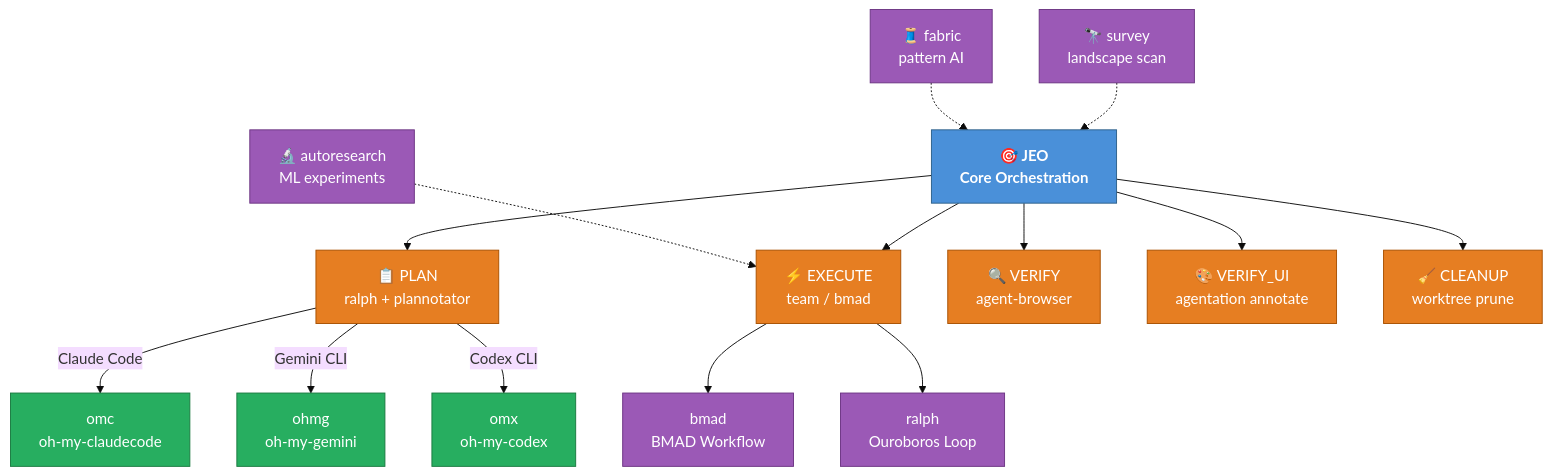
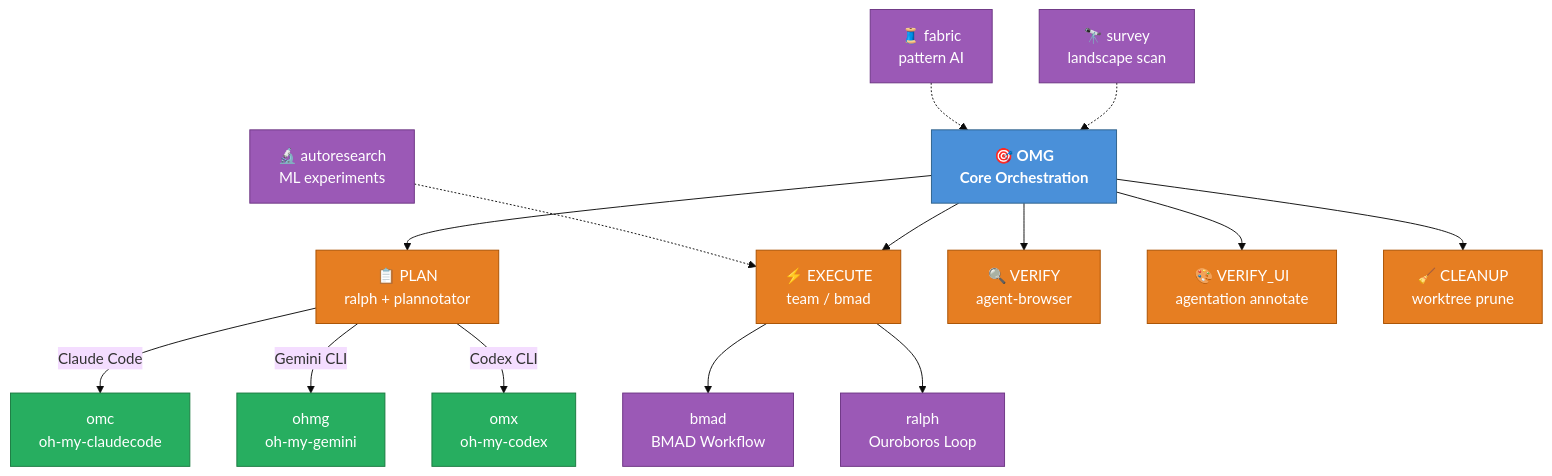
Before and after one commit to JEO-tech-ai/oh-my-gods: the first of 3 diagrams in README.md, drawn with Mermaid (base theme). The commit also changed other lines of this file and 34 other files, not shown here.

First line of the commit message:
rename skill jeo → omg across entire project

````diff
--- a/README.md
+++ b/README.md
@@ -82,29 +82,29 @@
 ```mermaid
 graph TD
-    JEO["🎯 JEO\nCore Orchestration"] --> PLAN["📋 PLAN\nralph + plannotator"]
-    JEO --> EXEC["⚡ EXECUTE\nteam / bmad"]
-    JEO --> VERIFY["🔍 VERIFY\nagent-browser"]
-    JEO --> UI["🎨 VERIFY_UI\nagentation annotate"]
-    JEO --> CLEAN["🧹 CLEANUP\nworktree prune"]
+    OMG["🎯 OMG\nCore Orchestration"] --> PLAN["📋 PLAN\nralph + plannotator"]
+    OMG --> EXEC["⚡ EXECUTE\nteam / bmad"]
+    OMG --> VERIFY["🔍 VERIFY\nagent-browser"]
+    OMG --> UI["🎨 VERIFY_UI\nagentation annotate"]
+    OMG --> CLEAN["🧹 CLEANUP\nworktree prune"]
 
     PLAN --> |"Claude Code"| OMC["omc\noh-my-claudecode"]
     PLAN --> |"Gemini CLI"| OHMG["ohmg\noh-my-gemini"]
     PLAN --> |"Codex CLI"| OMX["omx\noh-my-codex"]
 
     EXEC --> BMAD["bmad\nBMAD Workflow"]
     EXEC --> RALPH["ralph\nOuroboros Loop"]
 
-    SURVEY["🔭 survey\nlandscape scan"] -.-> JEO
-    FABRIC["🧵 fabric\npattern AI"] -.-> JEO
+    SURVEY["🔭 survey\nlandscape scan"] -.-> OMG
+    FABRIC["🧵 fabric\npattern AI"] -.-> OMG
     AUTORESEARCH["🔬 autoresearch\nML experiments"] -.-> EXEC
 
     classDef core fill:#4A90D9,stroke:#2C5F8A,color:#fff,font-weight:bold
     classDef hidden fill:#9B59B6,stroke:#6C3483,color:#fff
     classDef platform fill:#27AE60,stroke:#1A7A40,color:#fff
     classDef support fill:#E67E22,stroke:#A85000,color:#fff
 
-    class JEO core
+    class OMG core
     class SURVEY,FABRIC,AUTORESEARCH,BMAD,RALPH hidden
     class OMC,OHMG,OMX platform
     class PLAN,EXEC,VERIFY,UI,CLEAN support
 ```
````
